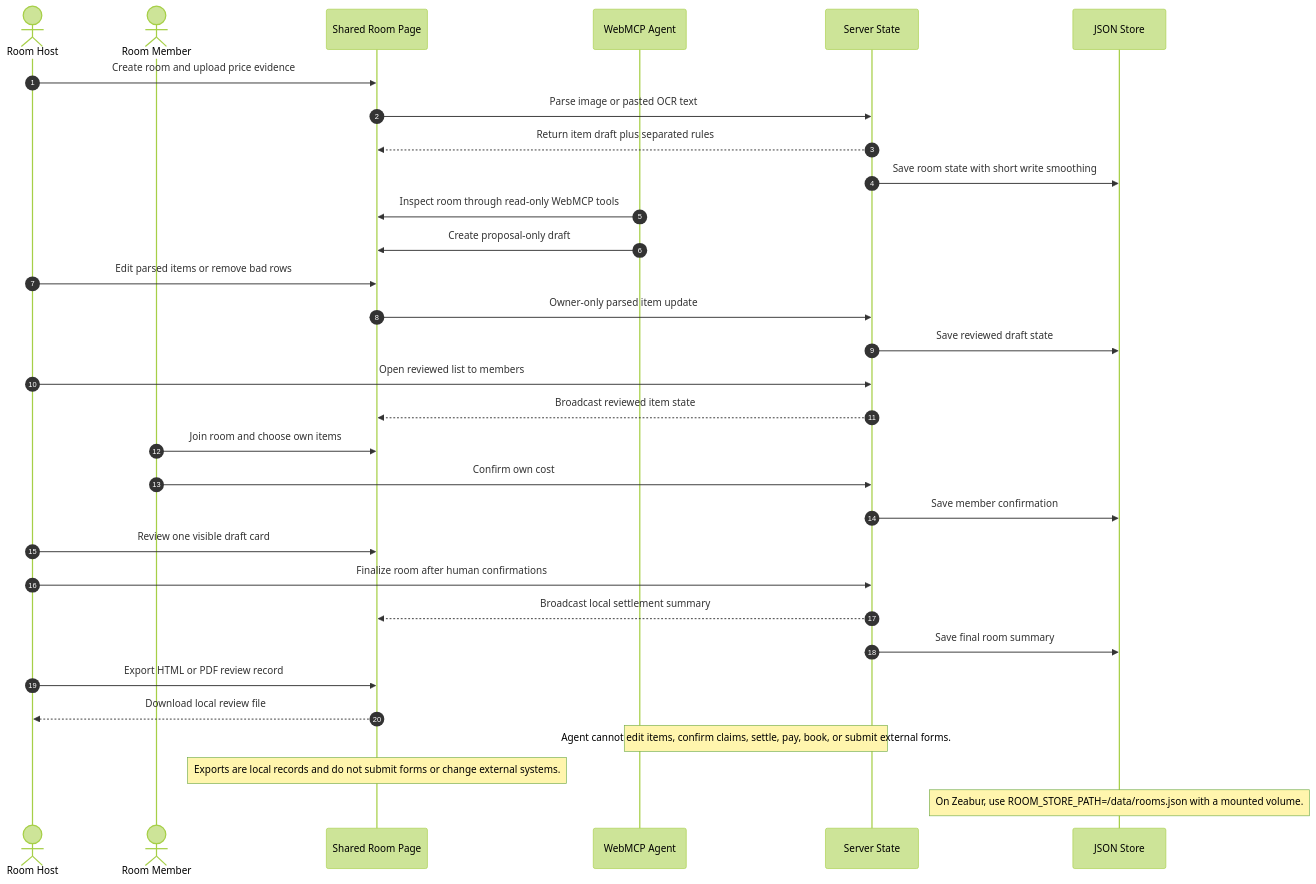
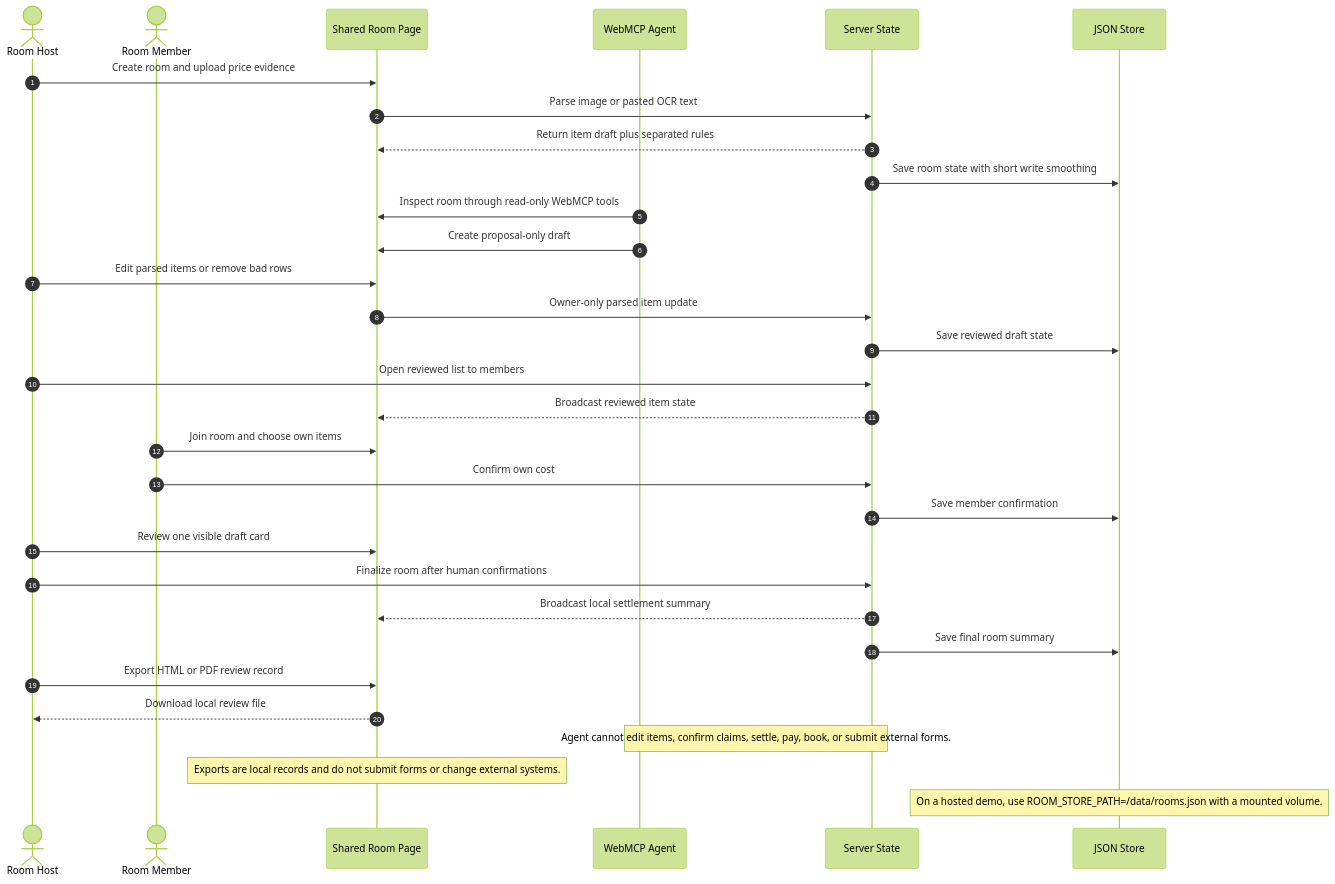
One commit to jiarong0423/shared-room-mcp changed the first of 8 diagrams in docs/ai-generated/2026Q3/shared_room_mermaid_module_design_20260831.md. Above: the diagram before and after it, drawn with Mermaid (forest theme). The commit also changed other lines of this file and 6 other files, not shown here.

````diff
--- a/docs/ai-generated/2026Q3/shared_room_mermaid_module_design_20260831.md
+++ b/docs/ai-generated/2026Q3/shared_room_mermaid_module_design_20260831.md
@@ -11,35 +11,35 @@
 ```mermaid
 sequenceDiagram
   autonumber
   actor Host as Room Host
   actor Member as Room Member
   participant Page as Shared Room Page
   participant Agent as WebMCP Agent
   participant Server as Server State
   participant Store as JSON Store
 
   Host->>Page: Create room and upload price evidence
   Page->>Server: Parse image or pasted OCR text
   Server-->>Page: Return item draft plus separated rules
   Server->>Store: Save room state with short write smoothing
   Agent->>Page: Inspect room through read-only WebMCP tools
   Agent->>Page: Create proposal-only draft
   Host->>Page: Edit parsed items or remove bad rows
   Page->>Server: Owner-only parsed item update
   Server->>Store: Save reviewed draft state
   Host->>Server: Open reviewed list to members
   Server-->>Page: Broadcast reviewed item state
   Member->>Page: Join room and choose own items
   Member->>Server: Confirm own cost
   Server->>Store: Save member confirmation
   Host->>Page: Review one visible draft card
   Host->>Server: Finalize room after human confirmations
   Server-->>Page: Broadcast local settlement summary
   Server->>Store: Save final room summary
   Host->>Page: Export HTML or PDF review record
   Page-->>Host: Download local review file
 
   Note over Agent,Server: Agent cannot edit items, confirm claims, settle, pay, book, or submit external forms.
   Note over Page: Exports are local records and do not submit forms or change external systems.
-  Note over Store: On Zeabur, use ROOM_STORE_PATH=/data/rooms.json with a mounted volume.
+  Note over Store: On a hosted demo, use ROOM_STORE_PATH=/data/rooms.json with a mounted volume.
 ```
````
